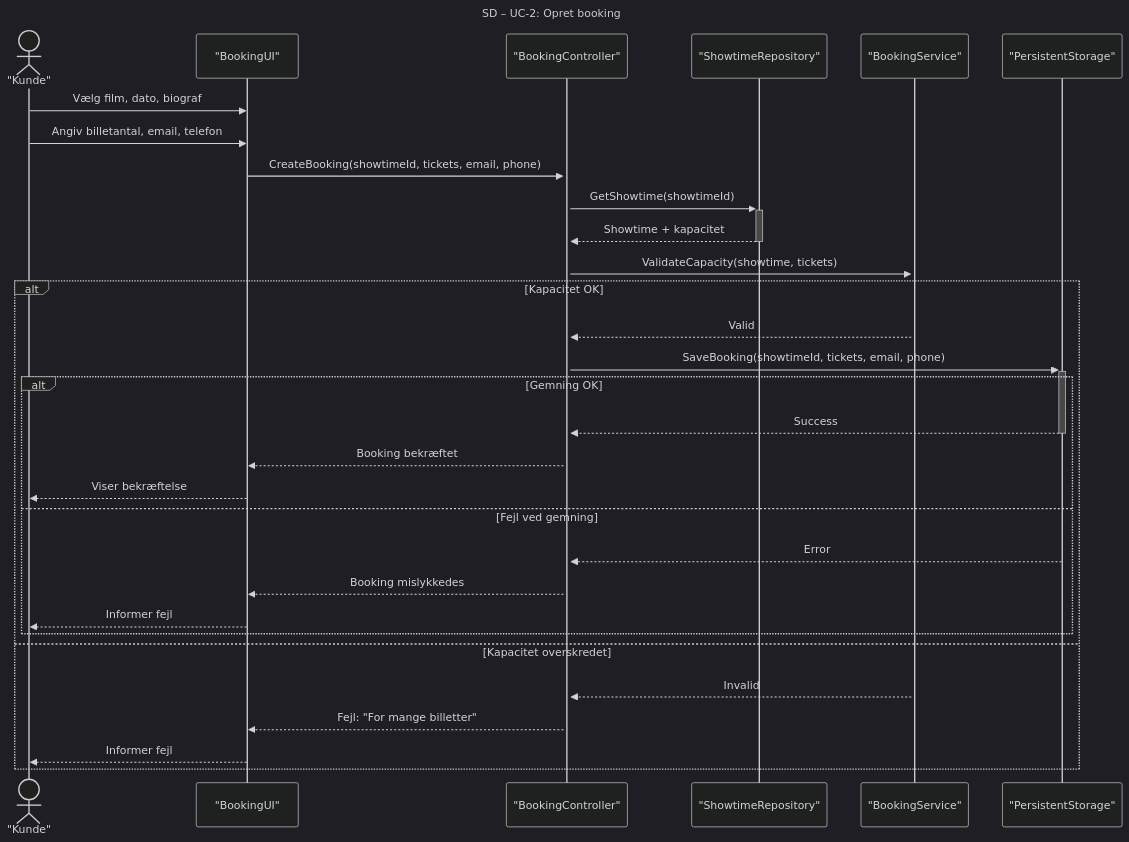
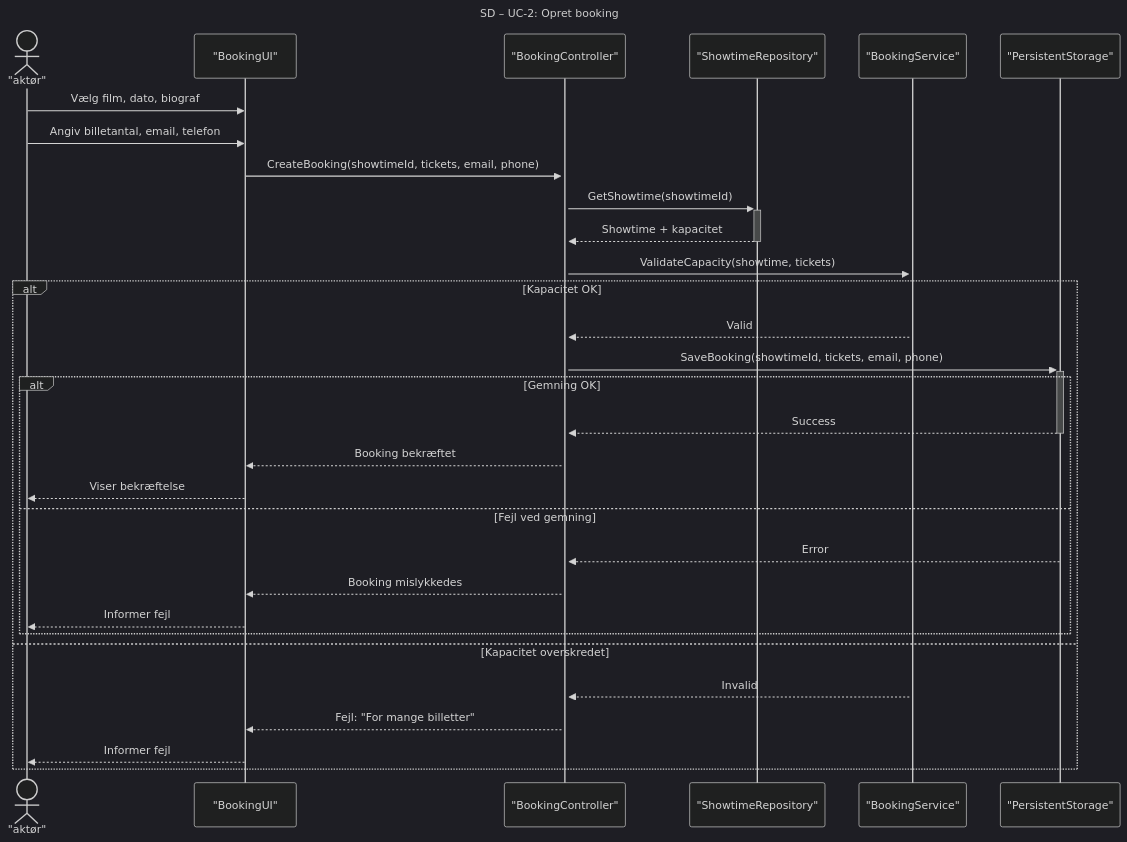
One commit to DMOoF25/TheMovie changed the diagram in docs/Scenarie 3 UC2/SD S3 UC2.mmd. Above: the diagram before and after it, drawn with Mermaid (dark theme).

Commit message:
Update SD S3 UC2.mmd

```diff
--- a/docs/Scenarie 3 UC2/SD S3 UC2.mmd
+++ b/docs/Scenarie 3 UC2/SD S3 UC2.mmd
@@ -1,36 +1,36 @@
 sequenceDiagram
 
 title SD – UC-2: Opret booking 
 
-actor Customer as "Kunde"
+actor Customer as "aktør"
 participant UI as "BookingUI"
 participant Controller as "BookingController"
 participant Repo as "ShowtimeRepository"
 participant Booking as "BookingService"
 participant Store as "PersistentStorage"
 
 Customer->>UI: Vælg film, dato, biograf
 Customer->>UI: Angiv billetantal, email, telefon
 UI->>+Controller: CreateBooking(showtimeId, tickets, email, phone)
 
 Controller->>+Repo: GetShowtime(showtimeId)
 Repo-->>-Controller: Showtime + kapacitet
 
 Controller->>+Booking: ValidateCapacity(showtime, tickets)
 alt Kapacitet OK
     Booking-->>Controller: Valid
     Controller->>+Store: SaveBooking(showtimeId, tickets, email, phone)
     alt Gemning OK
         Store-->>-Controller: Success
         Controller-->>UI: Booking bekræftet
         UI-->>Customer: Viser bekræftelse
     else Fejl ved gemning
         Store-->>Controller: Error
         Controller-->>UI: Booking mislykkedes
         UI-->>Customer: Informer fejl
     end
 else Kapacitet overskredet
     Booking-->>Controller: Invalid
     Controller-->>UI: Fejl: "For mange billetter"
     UI-->>Customer: Informer fejl
 end
```
